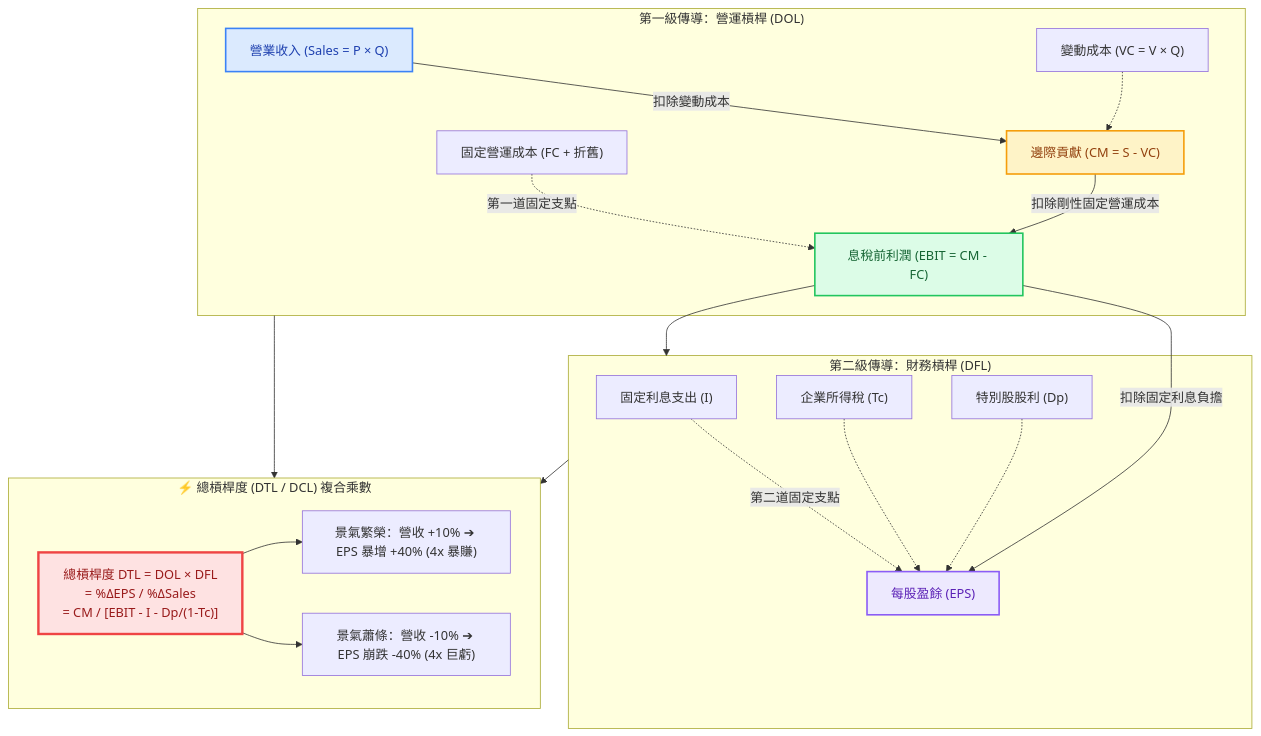
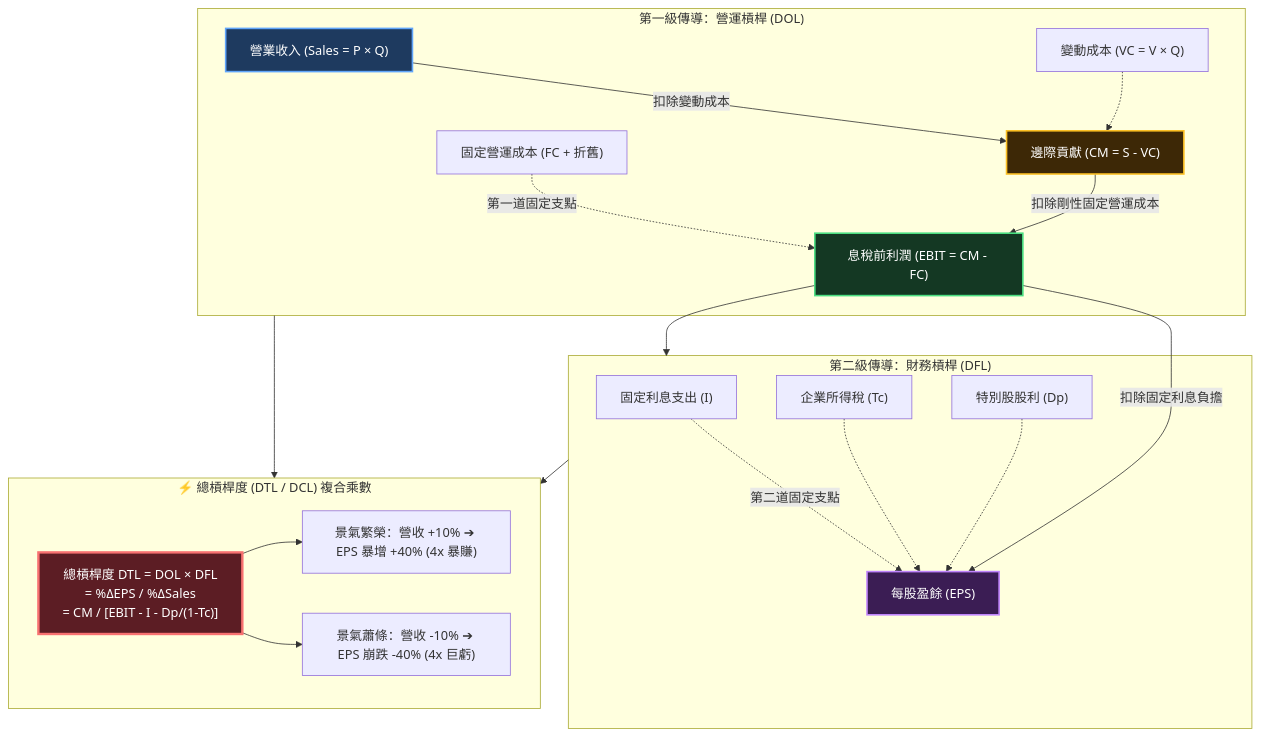
Before and after one commit to Jimlin0428/my-digital-garden: the diagram in src/site/notes/98_商業概念庫/degree-of-total-leverage-dtl_總槓桿.md, drawn with Mermaid. The commit also changed 58 other files, not shown here.

````diff
--- a/src/site/notes/98_商業概念庫/degree-of-total-leverage-dtl_總槓桿.md
+++ b/src/site/notes/98_商業概念庫/degree-of-total-leverage-dtl_總槓桿.md
@@ -27,46 +27,46 @@
 ```mermaid
 flowchart TD
     subgraph Stage1 ["第一級傳導：營運槓桿 (DOL)"]
         Sales["營業收入 (Sales = P × Q)"]
         VC["變動成本 (VC = V × Q)"]
         CM["邊際貢獻 (CM = S - VC)"]
         FC["固定營運成本 (FC + 折舊)"]
         EBIT["息稅前利潤 (EBIT = CM - FC)"]
 
         Sales -->|扣除變動成本| CM
         VC -.-> CM
         CM -->|扣除剛性固定營運成本| EBIT
         FC -.->|第一道固定支點| EBIT
     end
 
     subgraph Stage2 ["第二級傳導：財務槓桿 (DFL)"]
         Interest["固定利息支出 (I)"]
         Tax["企業所得稅 (Tc)"]
         Div_P["特別股股利 (Dp)"]
         EPS_Node["每股盈餘 (EPS)"]
 
         EBIT -->|扣除固定利息負擔| EPS_Node
         Interest -.->|第二道固定支點| EPS_Node
         Tax -.-> EPS_Node
         Div_P -.-> EPS_Node
     end
 
     subgraph Total_Impact ["⚡ 總槓桿度 (DTL / DCL) 複合乘數"]
         DTL_Box["總槓桿度 DTL = DOL × DFL<br>= %ΔEPS / %ΔSales<br>= CM / [EBIT - I - Dp/(1-Tc)]"]
         Result_Up["景氣繁榮：營收 +10% ➔ EPS 暴增 +40% (4x 暴賺)"]
         Result_Down["景氣蕭條：營收 -10% ➔ EPS 崩跌 -40% (4x 巨虧)"]
 
         DTL_Box --> Result_Up
         DTL_Box --> Result_Down
     end
 
     EBIT --> Stage2
     Stage1 --> Total_Impact
     Stage2 --> Total_Impact
 
-    style Sales fill:#dbeafe,stroke:#3b82f6,stroke-width:2px,color:#1e40af
-    style CM fill:#fef3c7,stroke:#f59e0b,stroke-width:2px,color:#92400e
-    style EBIT fill:#dcfce7,stroke:#22c55e,stroke-width:2px,color:#166534
-    style EPS_Node fill:#ede9fe,stroke:#8b5cf6,stroke-width:2px,color:#5b21b6
-    style DTL_Box fill:#fee2e2,stroke:#ef4444,stroke-width:3px,color:#991b1b
+    style Sales fill:#1e3a5f,stroke:#60a5fa,stroke-width:2px,color:#ffffff
+    style CM fill:#3d2806,stroke:#fbbf24,stroke-width:2px,color:#ffffff
+    style EBIT fill:#143823,stroke:#4ade80,stroke-width:2px,color:#ffffff
+    style EPS_Node fill:#3b1d54,stroke:#c084fc,stroke-width:2px,color:#ffffff
+    style DTL_Box fill:#5c1d24,stroke:#f87171,stroke-width:3px,color:#ffffff
 ```
````
